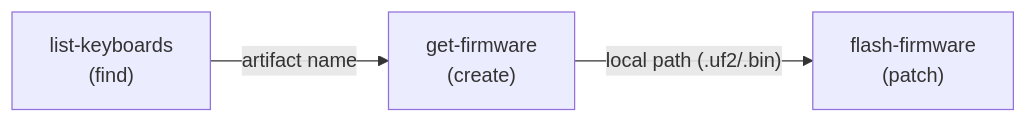
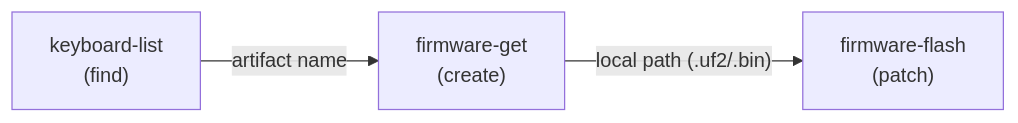
The diagram in docs/firmware.mcp.md (3dyuval/keyboards-firmware), drawn with Mermaid before and after one commit. The commit also changed other lines of this file and 6 other files, not shown here.

````diff
--- a/docs/firmware.mcp.md
+++ b/docs/firmware.mcp.md
@@ -10,9 +10,9 @@
 ```mermaid
 flowchart LR
-    list["list-keyboards\n(find)"]
-    get["get-firmware\n(create)"]
-    flash["flash-firmware\n(patch)"]
+    list["keyboard-list\n(find)"]
+    get["firmware-get\n(create)"]
+    flash["firmware-flash\n(patch)"]
 
     list -->|"artifact name"| get
     get -->|"local path (.uf2/.bin)"| flash
 ```
````
